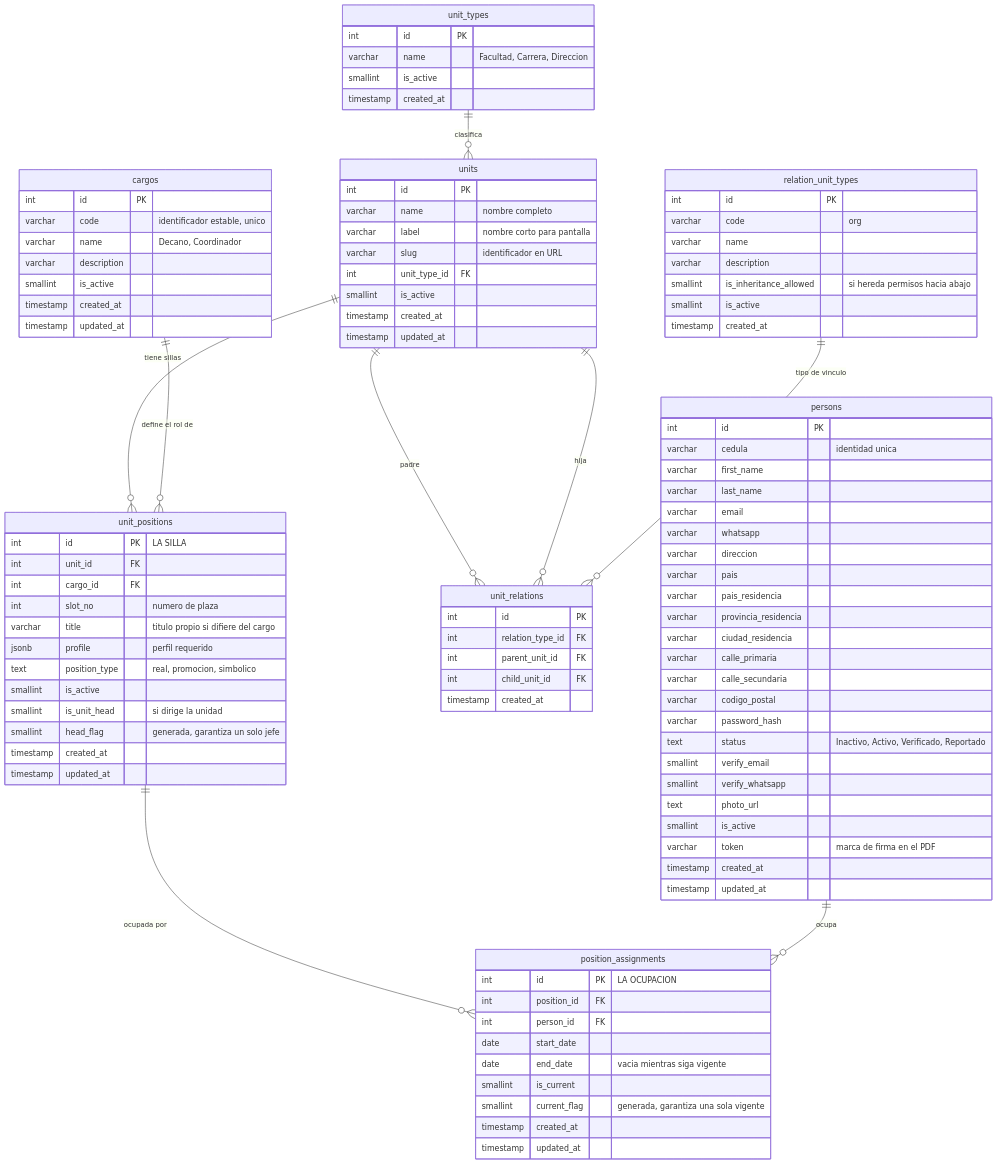
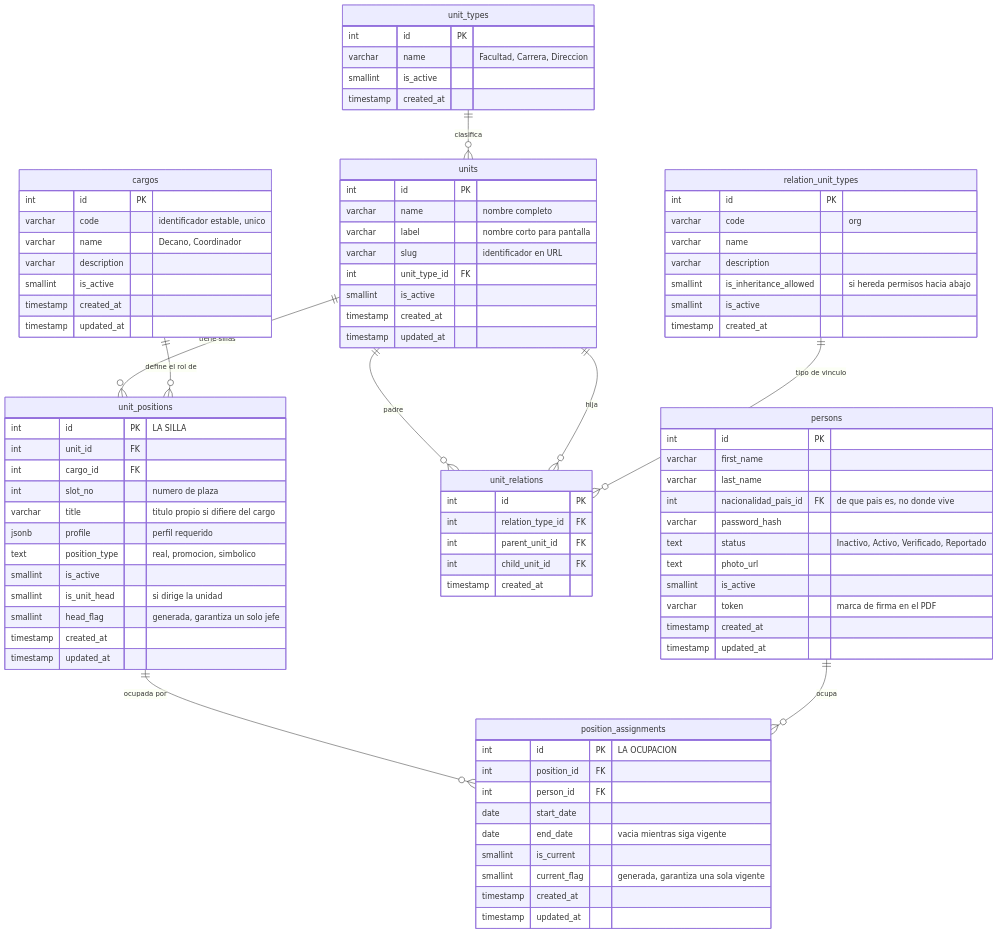
Before and after one commit to fresvel/deasy: the fourth of 4 diagrams in docs/src/content/docs/modelo/organizacion.md, drawn with Mermaid. The commit also changed other lines of this file and 5 other files, not shown here.

```diff
--- a/docs/src/content/docs/modelo/organizacion.md
+++ b/docs/src/content/docs/modelo/organizacion.md
@@ -152,23 +342,11 @@
   }
   persons {
     int id PK
-    varchar cedula "identidad unica"
     varchar first_name
     varchar last_name
-    varchar email
-    varchar whatsapp
-    varchar direccion
-    varchar pais
-    varchar pais_residencia
-    varchar provincia_residencia
-    varchar ciudad_residencia
-    varchar calle_primaria
-    varchar calle_secundaria
-    varchar codigo_postal
+    int nacionalidad_pais_id FK "de que pais es, no donde vive"
     varchar password_hash
     text status "Inactivo, Activo, Verificado, Reportado"
-    smallint verify_email
-    smallint verify_whatsapp
     text photo_url
     smallint is_active
     varchar token "marca de firma en el PDF"
```
